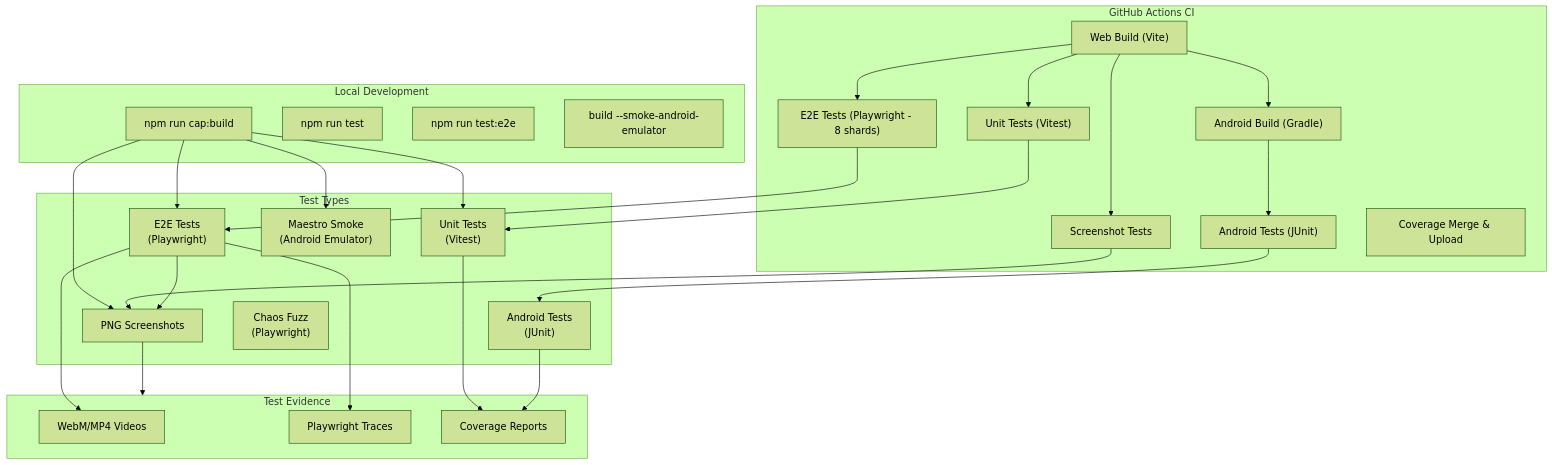
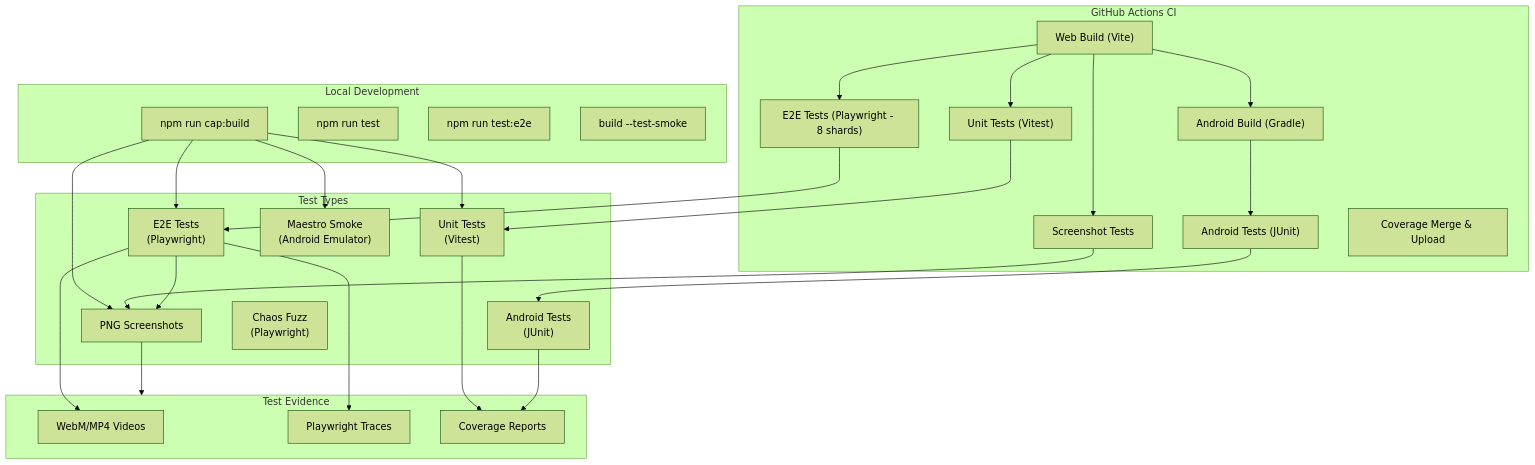
The third of 4 diagrams in doc/developer.md (chrisgleissner/c64commander), drawn with Mermaid (forest theme) before and after one commit. The commit also changed other lines of this file and 35 other files, not shown here.

Commit message:
Add JSON schemas for concurrency, conflicts, cooldowns, endpoints, and latency; include TypeScript configuration

````diff
--- a/doc/developer.md
+++ b/doc/developer.md
@@ -510,58 +512,58 @@
 ```mermaid
 flowchart TB
   subgraph Local["Local Development"]
     LBuild["npm run cap:build"]
     LTest["npm run test"]
     LE2E["npm run test:e2e"]
-    LSmoke["build --smoke-android-emulator"]
+    LSmoke["build --test-smoke"]
   end
 
   subgraph CI["GitHub Actions CI"]
     CIBuild["Web Build (Vite)"]
     CIUnit["Unit Tests (Vitest)"]
     CIE2E["E2E Tests (Playwright - 8 shards)"]
     CIScreenshots["Screenshot Tests"]
     CIAndroidBuild["Android Build (Gradle)"]
     CIAndroidTest["Android Tests (JUnit)"]
     CICoverage["Coverage Merge & Upload"]
   end
 
   subgraph TestTypes["Test Types"]
     Unit["Unit Tests<br/>(Vitest)"]
     E2E["E2E Tests<br/>(Playwright)"]
     Screenshots["Screenshot Tests<br/>(Playwright)"]
     Android["Android Tests<br/>(JUnit)"]
     Maestro["Maestro Smoke<br/>(Android Emulator)"]
     Fuzz["Chaos Fuzz<br/>(Playwright)"]
   end
 
   subgraph Evidence["Test Evidence"]
     Screenshots["PNG Screenshots"]
     Videos["WebM/MP4 Videos"]
     Traces["Playwright Traces"]
     Coverage["Coverage Reports"]
   end
 
   LBuild --> Unit
   LBuild --> E2E
   LBuild --> Screenshots
   LBuild --> Maestro
 
   CIBuild --> CIUnit
   CIBuild --> CIE2E
   CIBuild --> CIScreenshots
   CIBuild --> CIAndroidBuild
   CIAndroidBuild --> CIAndroidTest
 
   CIUnit --> Unit
   CIE2E --> E2E
   CIScreenshots --> Screenshots
   CIAndroidTest --> Android
 
   Unit --> Coverage
   E2E --> Screenshots
   E2E --> Videos
   E2E --> Traces
   Screenshots --> Evidence
   Android --> Coverage
 ```
````
